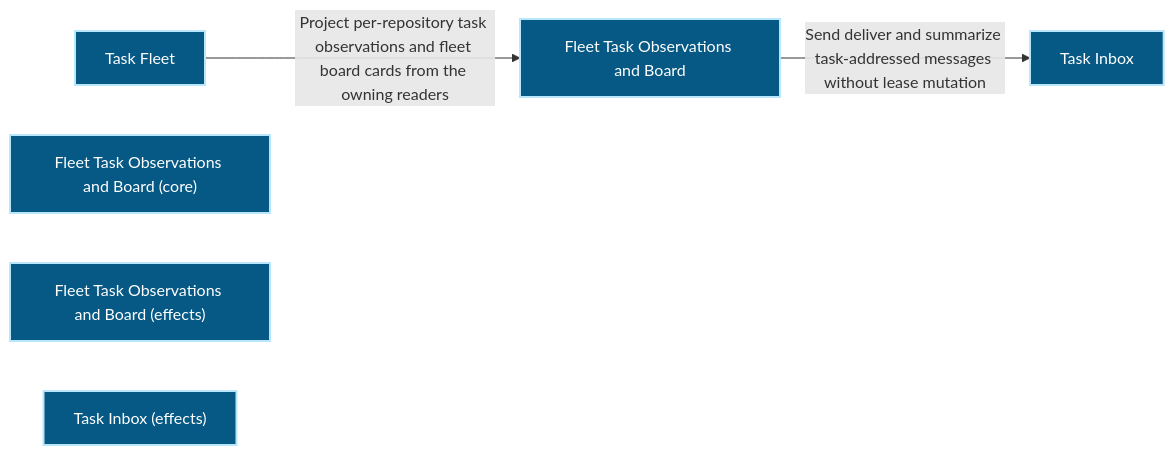
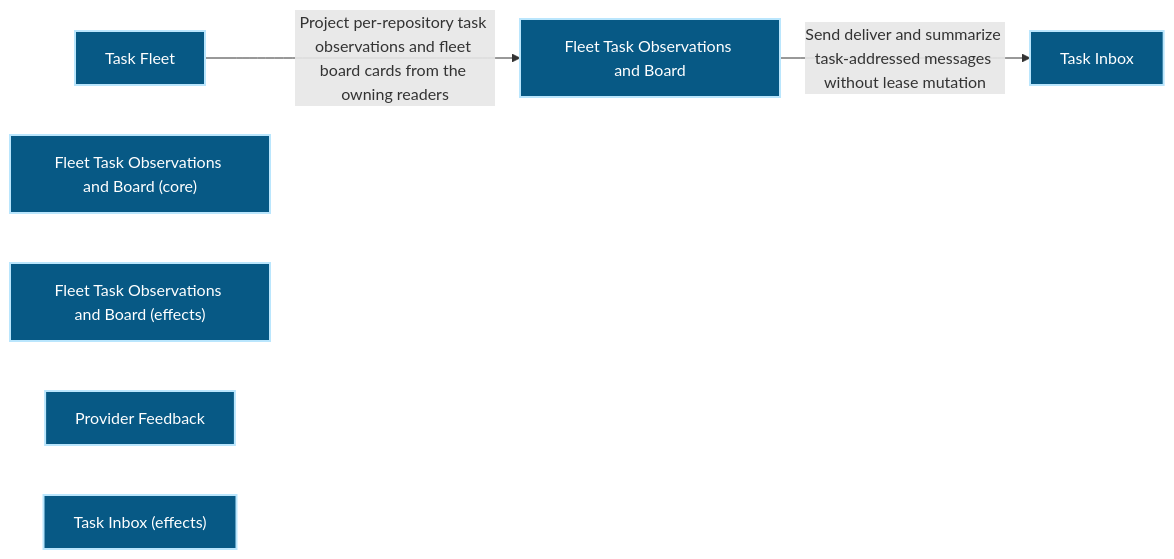
Before and after one commit to Ancienttwo/repo-harness: the first of 2 diagrams in docs/architecture/modules/organization/task-fleet.md, drawn with Mermaid. The commit also changed other lines of this file and 20 other files, not shown here.

First line of the commit message:
chore(projection): refresh generated architecture outputs for main@a81f342c0eb6

````diff
--- a/docs/architecture/modules/organization/task-fleet.md
+++ b/docs/architecture/modules/organization/task-fleet.md
@@ -16,15 +16,16 @@
 ```mermaid
 flowchart LR
   p1_capability_organization_task_fleet_134b5125["Task Fleet"]:::component
   p1_component_task_fleet_primary_77e10674["Fleet Task Observations and Board"]:::component
   p1_component_task_fleet_primary_core_c17386da["Fleet Task Observations and Board (core)"]:::component
   p1_component_task_fleet_primary_effects_7eda8367["Fleet Task Observations and Board (effects)"]:::component
+  p1_component_task_fleet_provider_feedback_76c5dd59["Provider Feedback"]:::component
   p1_component_task_fleet_task_inbox_b42db72f["Task Inbox"]:::component
   p1_component_task_fleet_task_inbox_effects_52f45cf0["Task Inbox (effects)"]:::component
   p1_capability_organization_task_fleet_134b5125 -->|"Project per-repository task observations and fleet board cards from the owning readers"| p1_component_task_fleet_primary_77e10674
   p1_component_task_fleet_primary_77e10674 -->|"Send deliver and summarize task-addressed messages without lease mutation"| p1_component_task_fleet_task_inbox_b42db72f
   classDef actor fill:#111827,color:#ffffff,stroke:#f9fafb,stroke-width:2px
   classDef component fill:#075985,color:#ffffff,stroke:#bae6fd,stroke-width:2px
   classDef datastore fill:#3f6212,color:#ffffff,stroke:#d9f99d,stroke-width:2px
   classDef external fill:#7c2d12,color:#ffffff,stroke:#fed7aa,stroke-width:2px
 ```
````
